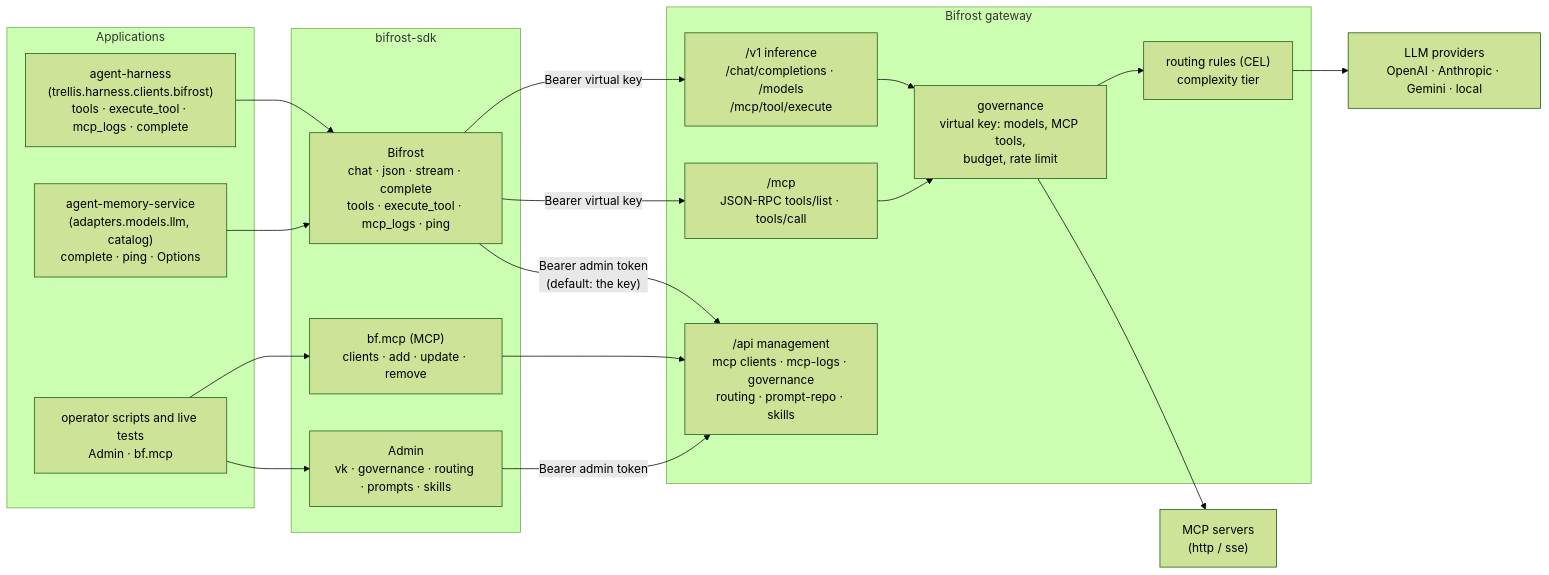
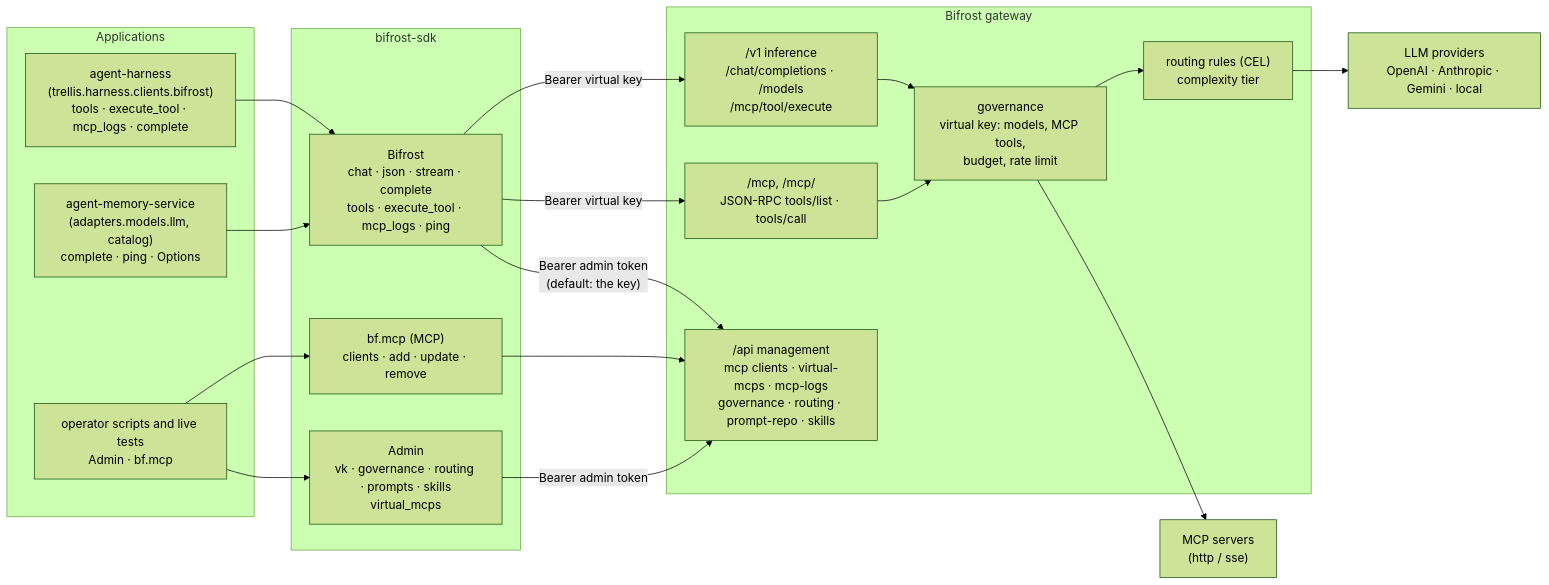
Before and after one commit to amitmohapatra/bifrost-sdk: the first of 8 diagrams in docs/ARCHITECTURE.md, drawn with Mermaid (forest theme). The commit also changed other lines of this file and 5 other files, not shown here.

````diff
--- a/docs/ARCHITECTURE.md
+++ b/docs/ARCHITECTURE.md
@@ -14,40 +14,40 @@
 ```mermaid
 flowchart LR
     subgraph apps["Applications"]
         harness["agent-harness<br/>(trellis.harness.clients.bifrost)<br/>tools · execute_tool · mcp_logs · complete"]
         memory["agent-memory-service<br/>(adapters.models.llm, catalog)<br/>complete · ping · Options"]
         ops["operator scripts and live tests<br/>Admin · bf.mcp"]
     end
 
     subgraph sdk["bifrost-sdk"]
         bifrost["Bifrost<br/>chat · json · stream · complete<br/>tools · execute_tool · mcp_logs · ping"]
         mcpres["bf.mcp (MCP)<br/>clients · add · update · remove"]
-        admin["Admin<br/>vk · governance · routing · prompts · skills"]
+        admin["Admin<br/>vk · governance · routing · prompts · skills<br/>virtual_mcps"]
     end
 
     subgraph gw["Bifrost gateway"]
         v1["/v1 inference<br/>/chat/completions · /models<br/>/mcp/tool/execute"]
-        mcpep["/mcp<br/>JSON-RPC tools/list · tools/call"]
-        api["/api management<br/>mcp clients · mcp-logs · governance<br/>routing · prompt-repo · skills"]
+        mcpep["/mcp, /mcp/<slug><br/>JSON-RPC tools/list · tools/call"]
+        api["/api management<br/>mcp clients · virtual-mcps · mcp-logs<br/>governance · routing · prompt-repo · skills"]
         gov["governance<br/>virtual key: models, MCP tools,<br/>budget, rate limit"]
         route["routing rules (CEL)<br/>complexity tier"]
     end
 
     providers["LLM providers<br/>OpenAI · Anthropic · Gemini · local"]
     servers["MCP servers<br/>(http / sse)"]
 
     harness --> bifrost
     memory --> bifrost
     ops --> admin
     ops --> mcpres
     bifrost -- "Bearer virtual key" --> v1
     bifrost -- "Bearer virtual key" --> mcpep
     bifrost -- "Bearer admin token<br/>(default: the key)" --> api
     mcpres --> api
     admin -- "Bearer admin token" --> api
     v1 --> gov
     mcpep --> gov
     gov --> route
     route --> providers
     gov --> servers
 ```
````
